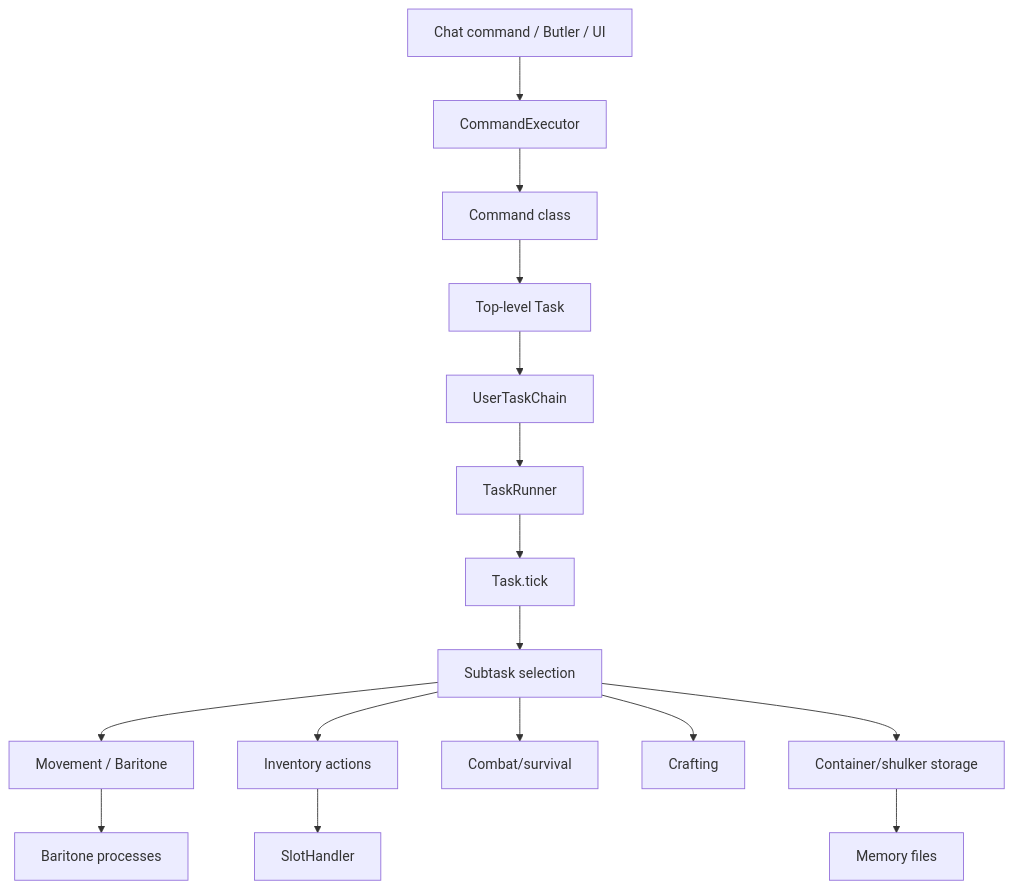
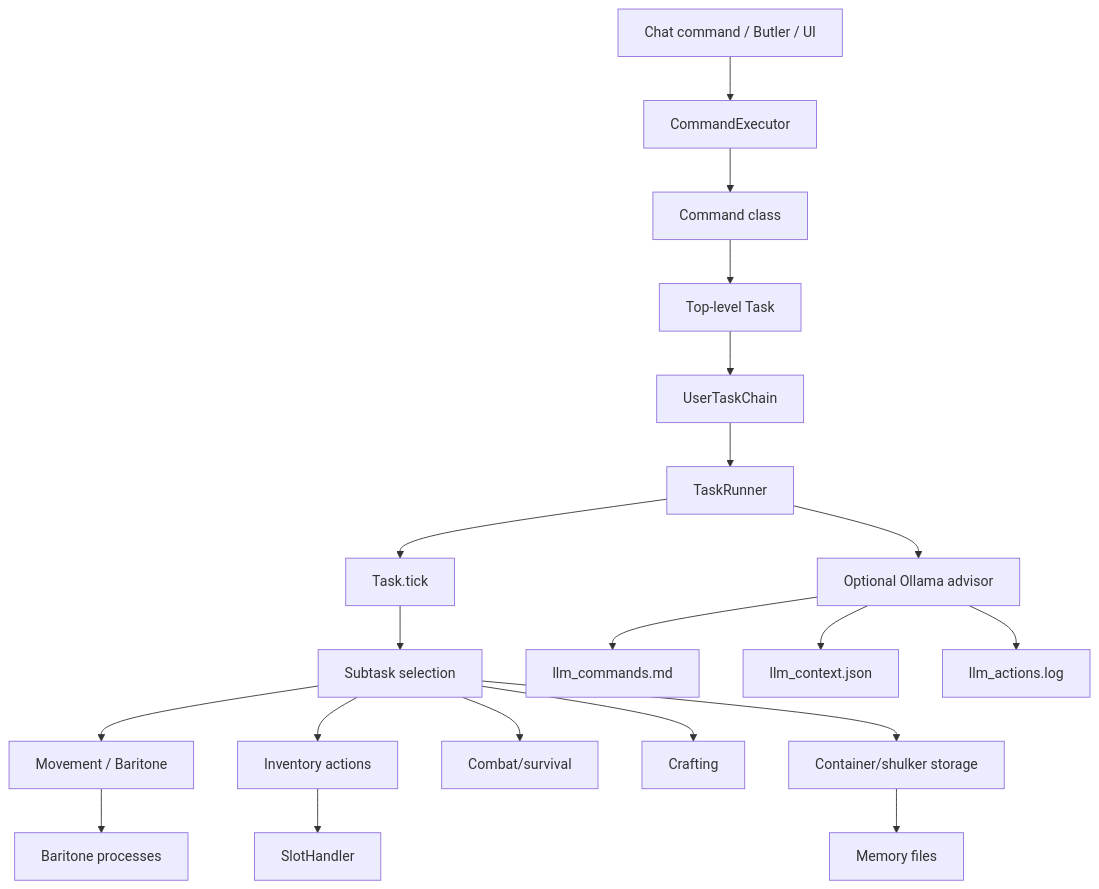
The first of 8 diagrams in docs/ARCHITECTURE.md (unaveragetech/Belfegor), drawn with Mermaid before and after one commit. The commit also changed other lines of this file and 25 other files, not shown here.

Commit message:
Add packaged Ollama advisor for player mode

````diff
--- a/docs/ARCHITECTURE.md
+++ b/docs/ARCHITECTURE.md
@@ -7,18 +7,22 @@
 ```mermaid
 flowchart TD
     Chat["Chat command / Butler / UI"] --> Executor["CommandExecutor"]
     Executor --> Command["Command class"]
     Command --> Task["Top-level Task"]
     Task --> Chain["UserTaskChain"]
     Chain --> Runner["TaskRunner"]
     Runner --> Tick["Task.tick"]
     Tick --> Subtask["Subtask selection"]
     Subtask --> Movement["Movement / Baritone"]
     Subtask --> Inventory["Inventory actions"]
     Subtask --> Combat["Combat/survival"]
     Subtask --> Crafting["Crafting"]
     Subtask --> Storage["Container/shulker storage"]
     Inventory --> SlotHandler["SlotHandler"]
     Movement --> Baritone["Baritone processes"]
     Storage --> Memory["Memory files"]
+    Runner --> Advisor["Optional Ollama advisor"]
+    Advisor --> CommandDocs["llm_commands.md"]
+    Advisor --> Context["llm_context.json"]
+    Advisor --> ActionLog["llm_actions.log"]
 ```
````
